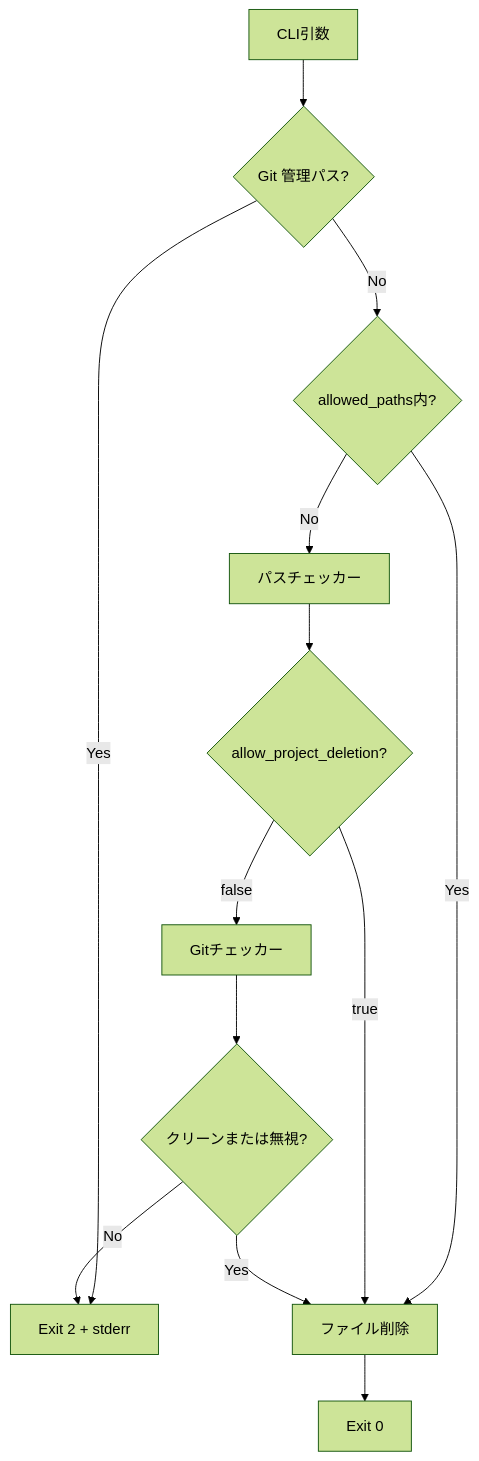
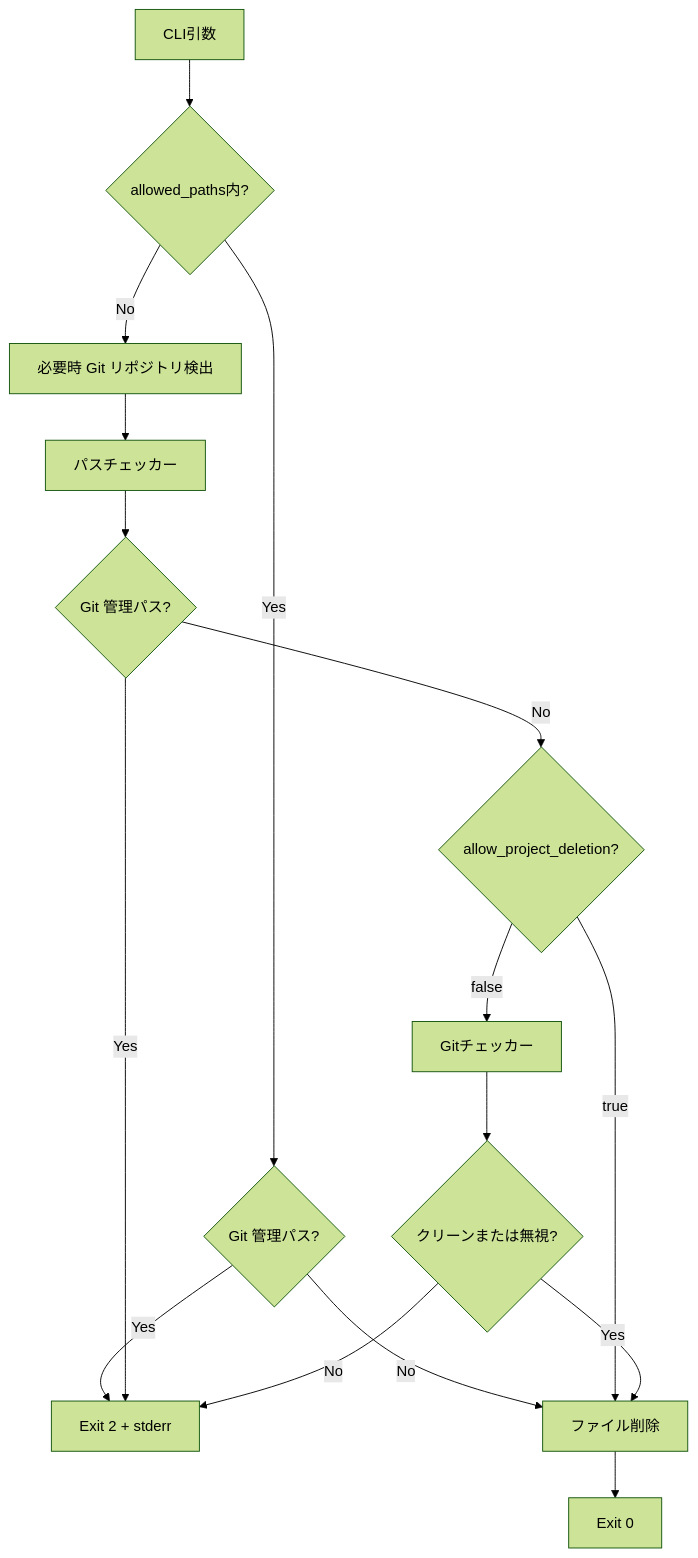
One commit to owayo/safe-rm changed the first of 3 diagrams in README.ja.md. Above: the diagram before and after it, drawn with Mermaid (forest theme). The commit also changed other lines of this file and 4 other files, not shown here.

````diff
--- a/README.ja.md
+++ b/README.ja.md
@@ -177,15 +177,18 @@
 ```mermaid
 flowchart TB
-    CLI[CLI引数] --> GitMetaCheck{Git 管理パス?}
-    GitMetaCheck -->|Yes| Exit2[Exit 2 + stderr]
-    GitMetaCheck -->|No| ConfigCheck{allowed_paths内?}
-    ConfigCheck -->|Yes| Delete[ファイル削除]
-    ConfigCheck -->|No| PathCheck[パスチェッカー]
-    PathCheck --> ProjectCheck{allow_project_deletion?}
+    CLI[CLI引数] --> ConfigCheck{allowed_paths内?}
+    ConfigCheck -->|Yes| AllowedGitMetaCheck{Git 管理パス?}
+    AllowedGitMetaCheck -->|Yes| Exit2[Exit 2 + stderr]
+    AllowedGitMetaCheck -->|No| Delete[ファイル削除]
+    ConfigCheck -->|No| GitOpen[必要時 Git リポジトリ検出]
+    GitOpen --> PathCheck[パスチェッカー]
+    PathCheck --> GitMetaCheck{Git 管理パス?}
+    GitMetaCheck -->|Yes| Exit2
+    GitMetaCheck -->|No| ProjectCheck{allow_project_deletion?}
     ProjectCheck -->|true| Delete
     ProjectCheck -->|false| GitCheck[Gitチェッカー]
     GitCheck --> Result{クリーンまたは無視?}
     Result -->|Yes| Delete
     Result -->|No| Exit2
     Delete --> Exit0[Exit 0]
 ```
````
